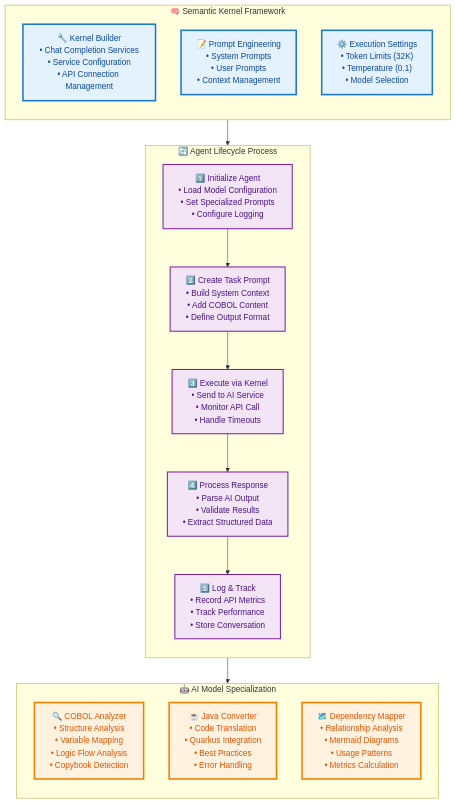
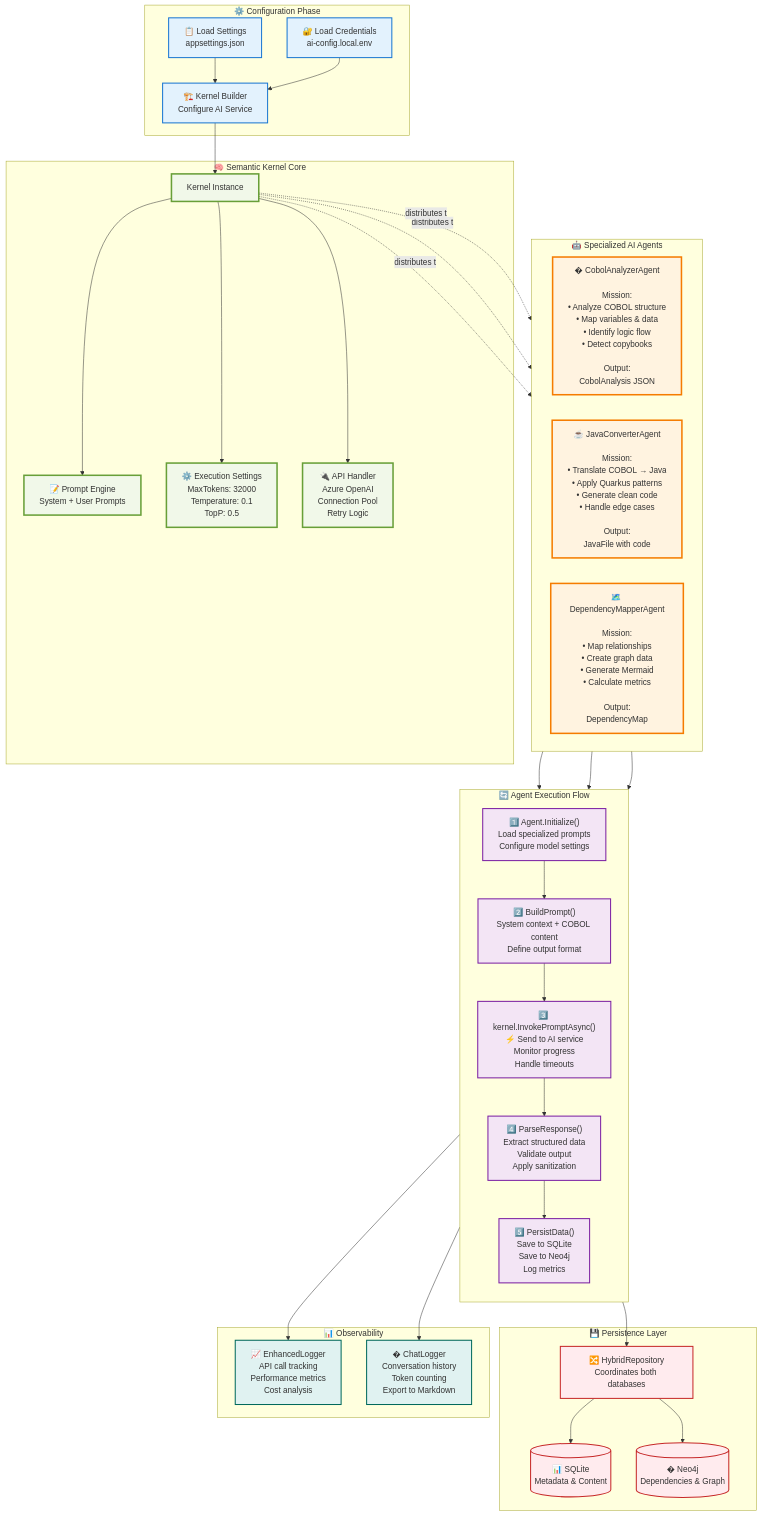
The sixth of 7 diagrams in README.md (Azure-Samples/Legacy-Modernization-Agents), drawn with Mermaid before and after one commit. The commit also changed other lines of this file and 54 other files, not shown here.

````diff
--- a/README.md
+++ b/README.md
@@ -216,44 +1341,88 @@
 ```mermaid
-graph TB
-    subgraph SK_KERNEL ["🧠 Semantic Kernel Framework"]
-        direction TB
-        KERNEL["🔧 Kernel Builder<br/>• Chat Completion Services<br/>• Service Configuration<br/>• API Connection Management"]
-        PROMPT_ENGINE["📝 Prompt Engineering<br/>• System Prompts<br/>• User Prompts<br/>• Context Management"]
-        EXECUTION["⚙️ Execution Settings<br/>• Token Limits (32K)<br/>• Temperature (0.1)<br/>• Model Selection"]
+flowchart TB
+    subgraph CONFIG["⚙️ Configuration Phase"]
+        SETTINGS["📋 Load Settings<br/>appsettings.json"]
+        ENV["🔐 Load Credentials<br/>ai-config.local.env"]
+        BUILDER["🏗️ Kernel Builder<br/>Configure AI Service"]
     end
     
-    subgraph AGENT_LIFECYCLE ["🔄 Agent Lifecycle Process"]
-        direction TB
-        INIT["1️⃣ Initialize Agent<br/>• Load Model Configuration<br/>• Set Specialized Prompts<br/>• Configure Logging"]
-        PROMPT["2️⃣ Create Task Prompt<br/>• Build System Context<br/>• Add COBOL Content<br/>• Define Output Format"]
-        EXECUTE["3️⃣ Execute via Kernel<br/>• Send to AI Service<br/>• Monitor API Call<br/>• Handle Timeouts"]
-        PROCESS_RESPONSE["4️⃣ Process Response<br/>• Parse AI Output<br/>• Validate Results<br/>• Extract Structured Data"]
-        LOG["5️⃣ Log & Track<br/>• Record API Metrics<br/>• Track Performance<br/>• Store Conversation"]
-        
-        INIT --> PROMPT
-        PROMPT --> EXECUTE
-        EXECUTE --> PROCESS_RESPONSE
-        PROCESS_RESPONSE --> LOG
+    subgraph KERNEL["🧠 Semantic Kernel Core"]
+        SK["Kernel Instance"]
+        PROMPT_ENGINE["📝 Prompt Engine<br/>System + User Prompts"]
+        EXEC_SETTINGS["⚙️ Execution Settings<br/>MaxTokens: 32000<br/>Temperature: 0.1<br/>TopP: 0.5"]
+        API_HANDLER["🔌 API Handler<br/>Azure OpenAI<br/>Connection Pool<br/>Retry Logic"]
     end
     
-    subgraph AI_MODELS ["🤖 AI Model Specialization"]
-        direction TB
-        ANALYZER_MODEL["🔍 COBOL Analyzer<br/>• Structure Analysis<br/>• Variable Mapping<br/>• Logic Flow Analysis<br/>• Copybook Detection"]
-        CONVERTER_MODEL["☕ Java Converter<br/>• Code Translation<br/>• Quarkus Integration<br/>• Best Practices<br/>• Error Handling"]
-        DEPENDENCY_MODEL["🗺️ Dependency Mapper<br/>• Relationship Analysis<br/>• Mermaid Diagrams<br/>• Usage Patterns<br/>• Metrics Calculation"]
+    subgraph AGENTS["🤖 Specialized AI Agents"]
+        direction LR
+        ANALYZER["� CobolAnalyzerAgent<br/><br/>Mission:<br/>• Analyze COBOL structure<br/>• Map variables & data<br/>• Identify logic flow<br/>• Detect copybooks<br/><br/>Output:<br/>CobolAnalysis JSON"]
+        
+        CONVERTER["☕ JavaConverterAgent<br/><br/>Mission:<br/>• Translate COBOL → Java<br/>• Apply Quarkus patterns<br/>• Generate clean code<br/>• Handle edge cases<br/><br/>Output:<br/>JavaFile with code"]
+        
+        MAPPER["🗺️ DependencyMapperAgent<br/><br/>Mission:<br/>• Map relationships<br/>• Create graph data<br/>• Generate Mermaid<br/>• Calculate metrics<br/><br/>Output:<br/>DependencyMap"]
     end
     
-    %% Connections
-    SK_KERNEL --> AGENT_LIFECYCLE
-    AGENT_LIFECYCLE --> AI_MODELS
+    subgraph PROCESS["🔄 Agent Execution Flow"]
+        direction TB
+        STEP1["1️⃣ Agent.Initialize()<br/>Load specialized prompts<br/>Configure model settings"]
+        STEP2["2️⃣ BuildPrompt()<br/>System context + COBOL content<br/>Define output format"]
+        STEP3["3️⃣ kernel.InvokePromptAsync()<br/>⚡ Send to AI service<br/>Monitor progress<br/>Handle timeouts"]
+        STEP4["4️⃣ ParseResponse()<br/>Extract structured data<br/>Validate output<br/>Apply sanitization"]
+        STEP5["5️⃣ PersistData()<br/>Save to SQLite<br/>Save to Neo4j<br/>Log metrics"]
+        
+        STEP1 --> STEP2
+        STEP2 --> STEP3
+        STEP3 --> STEP4
+        STEP4 --> STEP5
+    end
     
-    %% Enhanced Styling
-    classDef kernelStyle fill:#e3f2fd,stroke:#1976d2,stroke-width:3px,color:#0d47a1
-    classDef lifecycleStyle fill:#f1f8e9,stroke:#689f38,stroke-width:3px,color:#1b5e20
-    classDef modelStyle fill:#fff3e0,stroke:#f57c00,stroke-width:3px,color:#e65100
-    classDef stepStyle fill:#f3e5f5,stroke:#7b1fa2,stroke-width:2px,color:#4a148c
+    subgraph STORAGE["💾 Persistence Layer"]
+        HYBRID["🔀 HybridRepository<br/>Coordinates both databases"]
+        SQLITE[("📊 SQLite<br/>Metadata & Content")]
+        NEO4J[("� Neo4j<br/>Dependencies & Graph")]
+    end
     
-    class KERNEL,PROMPT_ENGINE,EXECUTION kernelStyle
-    class INIT,PROMPT,EXECUTE,PROCESS_RESPONSE,LOG stepStyle
-    class ANALYZER_MODEL,CONVERTER_MODEL,DEPENDENCY_MODEL modelStyle
+    subgraph LOGGING["📊 Observability"]
+        ENHANCED["📈 EnhancedLogger<br/>API call tracking<br/>Performance metrics<br/>Cost analysis"]
+        CHAT["� ChatLogger<br/>Conversation history<br/>Token counting<br/>Export to Markdown"]
+    end
+    
+    %% Flow connections
+    SETTINGS --> BUILDER
+    ENV --> BUILDER
+    BUILDER --> SK
+    
+    SK --> PROMPT_ENGINE
+    SK --> EXEC_SETTINGS
+    SK --> API_HANDLER
+    
+    SK -.distributes to.-> ANALYZER
+    SK -.distributes to.-> CONVERTER
+    SK -.distributes to.-> MAPPER
+    
+    ANALYZER --> PROCESS
+    CONVERTER --> PROCESS
+    MAPPER --> PROCESS
+    
+    PROCESS --> HYBRID
+    HYBRID --> SQLITE
+    HYBRID --> NEO4J
+    
+    PROCESS --> ENHANCED
+    PROCESS --> CHAT
+    
+    %% Styling
+    classDef configStyle fill:#e3f2fd,stroke:#1976d2,stroke-width:2px
+    classDef kernelStyle fill:#f1f8e9,stroke:#689f38,stroke-width:3px
+    classDef agentStyle fill:#fff3e0,stroke:#f57c00,stroke-width:3px
+    classDef processStyle fill:#f3e5f5,stroke:#7b1fa2,stroke-width:2px
+    classDef storageStyle fill:#ffebee,stroke:#c62828,stroke-width:2px
+    classDef logStyle fill:#e0f2f1,stroke:#00695c,stroke-width:2px
+    
+    class SETTINGS,ENV,BUILDER configStyle
+    class SK,PROMPT_ENGINE,EXEC_SETTINGS,API_HANDLER kernelStyle
+    class ANALYZER,CONVERTER,MAPPER agentStyle
+    class STEP1,STEP2,STEP3,STEP4,STEP5 processStyle
+    class HYBRID,SQLITE,NEO4J storageStyle
+    class ENHANCED,CHAT logStyle
 ```
````
